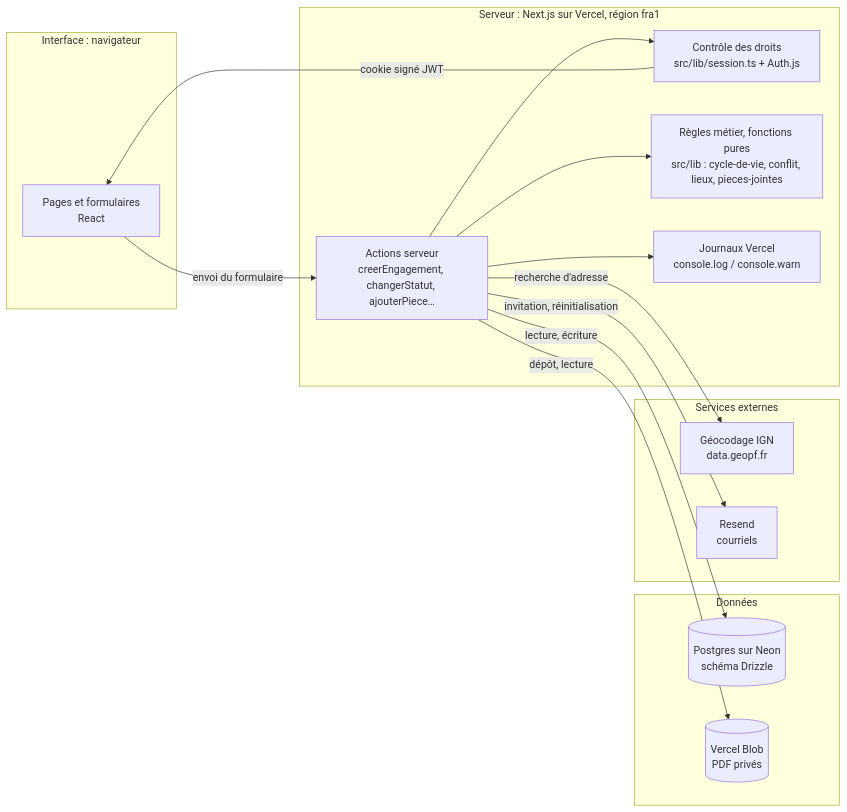
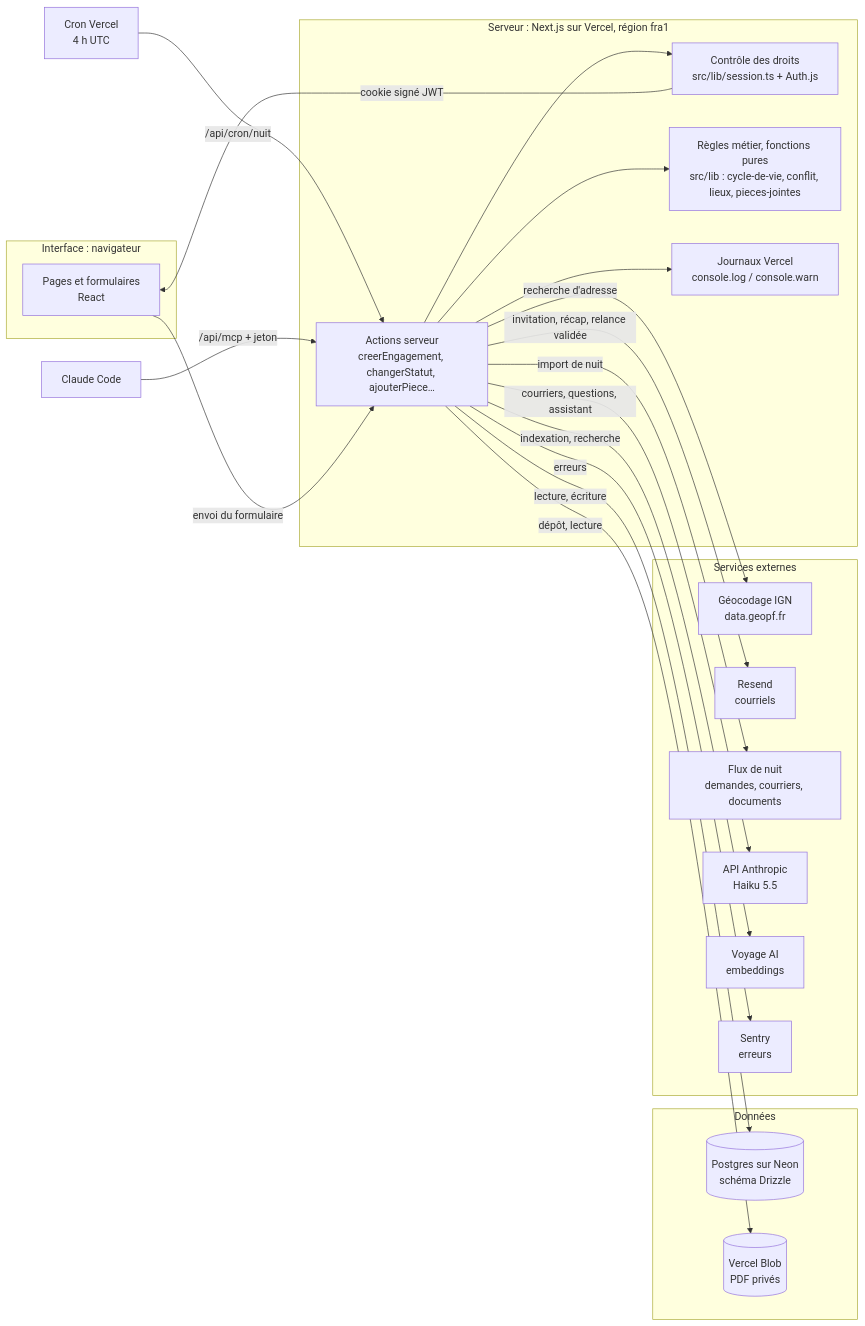
The first of 2 diagrams in README.md (ValentinWIA/agence-musiciens), drawn with Mermaid before and after one commit. The commit also changed other lines of this file and 1 other file, not shown here.

````diff
--- a/README.md
+++ b/README.md
@@ -28,33 +48,43 @@
 ```mermaid
 flowchart LR
   subgraph Interface["Interface : navigateur"]
     Pages["Pages et formulaires<br/>React"]
   end
 
   subgraph Serveur["Serveur : Next.js sur Vercel, région fra1"]
     Session["Contrôle des droits<br/>src/lib/session.ts + Auth.js"]
     Actions["Actions serveur<br/>creerEngagement, changerStatut, ajouterPiece…"]
     Regles["Règles métier, fonctions pures<br/>src/lib : cycle-de-vie, conflit, lieux, pieces-jointes"]
     Journaux["Journaux Vercel<br/>console.log / console.warn"]
   end
 
   subgraph Donnees["Données"]
     Base[("Postgres sur Neon<br/>schéma Drizzle")]
     Blob[("Vercel Blob<br/>PDF privés")]
   end
 
   subgraph Externes["Services externes"]
     IGN["Géocodage IGN<br/>data.geopf.fr"]
     Resend["Resend<br/>courriels"]
+    Flux["Flux de nuit<br/>demandes, courriers, documents"]
+    Claude["API Anthropic<br/>Haiku 5.5"]
+    Voyage["Voyage AI<br/>embeddings"]
+    Sentry["Sentry<br/>erreurs"]
   end
 
+  Cron["Cron Vercel<br/>4 h UTC"] -- "/api/cron/nuit" --> Actions
+  ClaudeCode["Claude Code"] -- "/api/mcp + jeton" --> Actions
   Pages -- "envoi du formulaire" --> Actions
   Actions --> Session
   Actions --> Regles
   Actions -- "lecture, écriture" --> Base
   Actions -- "dépôt, lecture" --> Blob
   Actions -- "recherche d'adresse" --> IGN
-  Actions -- "invitation, réinitialisation" --> Resend
+  Actions -- "invitation, récap, relance validée" --> Resend
+  Actions -- "import de nuit" --> Flux
+  Actions -- "courriers, questions, assistant" --> Claude
+  Actions -- "indexation, recherche" --> Voyage
   Actions --> Journaux
+  Actions -- "erreurs" --> Sentry
   Session -- "cookie signé JWT" --> Pages
 ```
````
